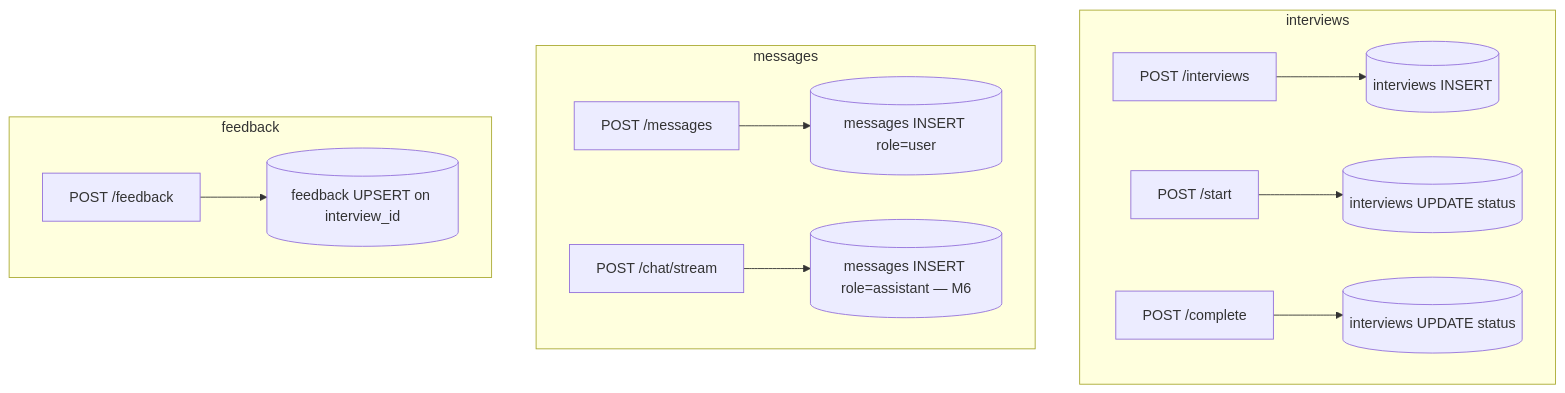
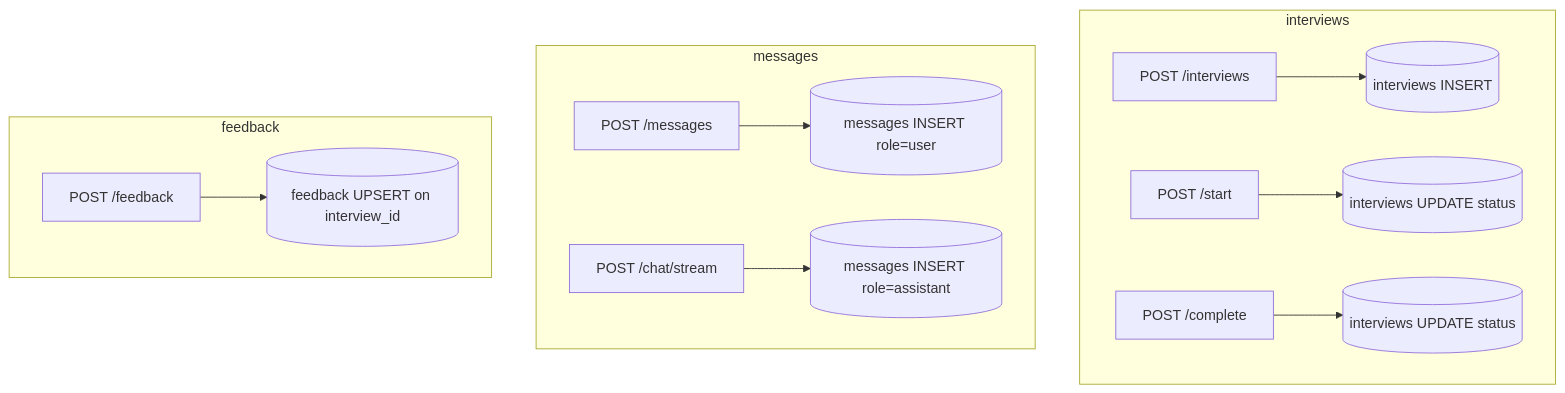
The sixth of 6 diagrams in APPFLOW.md (notseekeru/maxterview_website), drawn with Mermaid before and after one commit. The commit also changed other lines of this file and 1 other file, not shown here.

Commit message:
fix(docs): update APPFLOW and PLAN documentation to reflect changes in chat streaming and migration process

````diff
--- a/APPFLOW.md
+++ b/APPFLOW.md
@@ -163,15 +163,15 @@
 ```mermaid
 flowchart TD
     subgraph interviews
         IC[POST /interviews] --> D1[(interviews INSERT)]
         IS[POST /start] --> D2[(interviews UPDATE status)]
         IX[POST /complete] --> D3[(interviews UPDATE status)]
     end
     subgraph messages
         IM[POST /messages] --> D4[(messages INSERT role=user)]
-        ISES[POST /chat/stream] --> D5[(messages INSERT role=assistant — M6)]
+        ISES[POST /chat/stream] --> D5[(messages INSERT role=assistant)]
     end
     subgraph feedback
         IF[POST /feedback] --> D6[(feedback UPSERT on interview_id)]
     end
 ```
````
